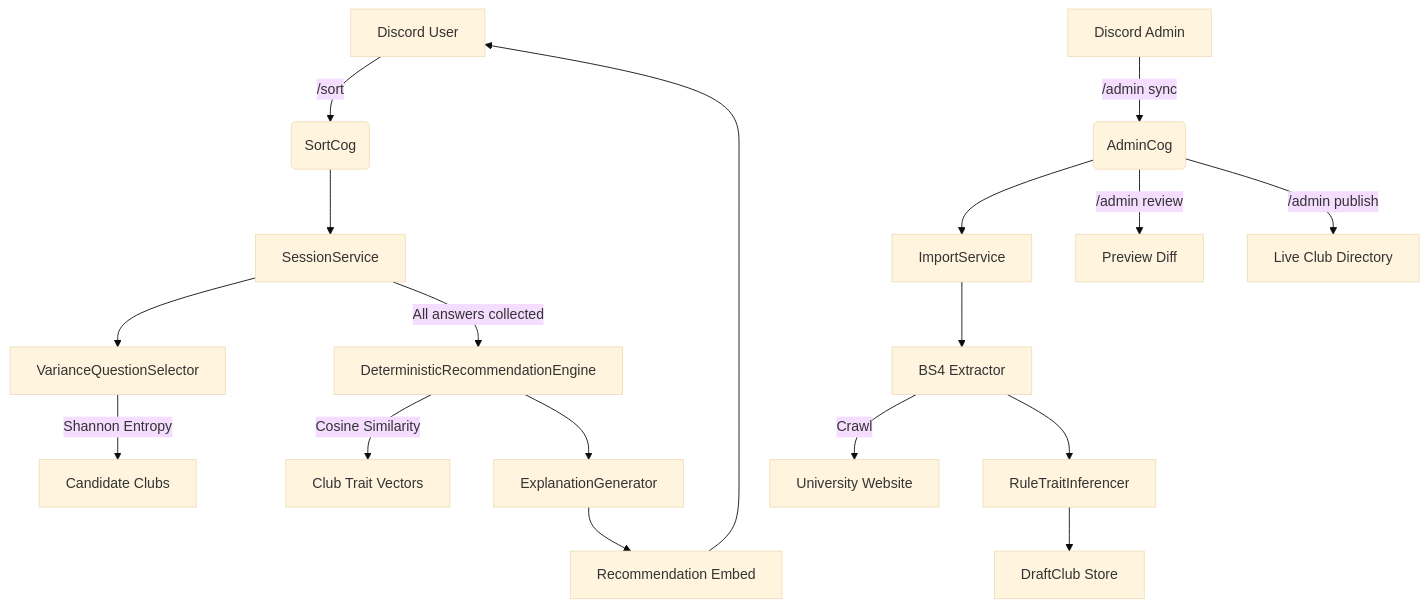
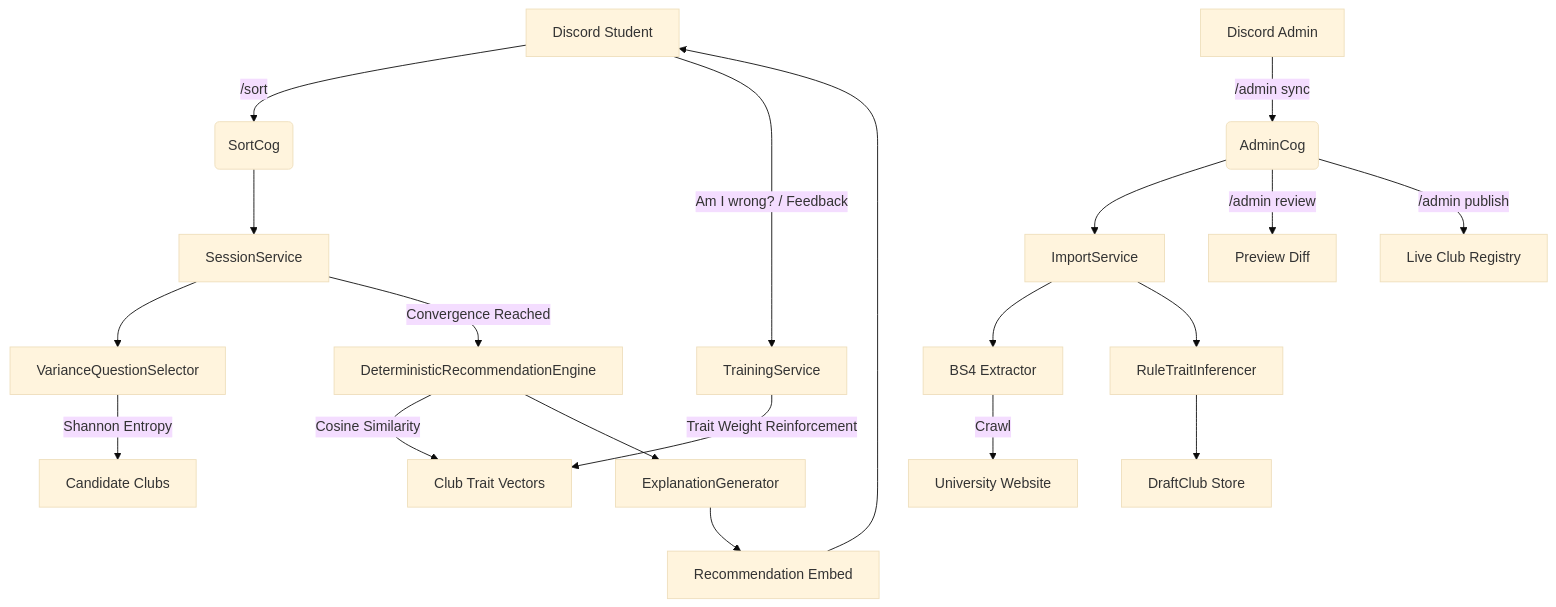
The diagram in README.md (keepsloading/sorts.me), drawn with Mermaid (base theme) before and after one commit. The commit also changed other lines of this file, not shown here.

Commit message:
docs(readme): align documentation with 50-club verified registry, online self-training, slash commands, and database architecture

````diff
--- a/README.md
+++ b/README.md
@@ -32,21 +48,24 @@
 ```mermaid
 graph TD
-    A[Discord User] -->|/sort| B(SortCog)
+    A[Discord Student] -->|/sort| B(SortCog)
     B --> C[SessionService]
     C --> D[VarianceQuestionSelector]
     D -->|Shannon Entropy| E[Candidate Clubs]
-    C -->|All answers collected| F[DeterministicRecommendationEngine]
+    C -->|Convergence Reached| F[DeterministicRecommendationEngine]
     F -->|Cosine Similarity| G[Club Trait Vectors]
     F --> H[ExplanationGenerator]
     H --> I[Recommendation Embed]
     I --> A
 
-    J[Discord Admin] -->|/admin sync| K(AdminCog)
-    K --> L[ImportService]
-    L --> M[BS4 Extractor]
-    M -->|Crawl| N[University Website]
-    M --> O[RuleTraitInferencer]
-    O --> P[DraftClub Store]
-    K -->|/admin review| Q[Preview Diff]
-    K -->|/admin publish| R[Live Club Directory]
+    A -->|Am I wrong? / Feedback| J[TrainingService]
+    J -->|Trait Weight Reinforcement| G
+
+    K[Discord Admin] -->|/admin sync| L(AdminCog)
+    L --> M[ImportService]
+    M --> N[BS4 Extractor]
+    N -->|Crawl| O[University Website]
+    M --> P[RuleTraitInferencer]
+    P --> Q[DraftClub Store]
+    L -->|/admin review| R[Preview Diff]
+    L -->|/admin publish| S[Live Club Registry]
 ```
````
